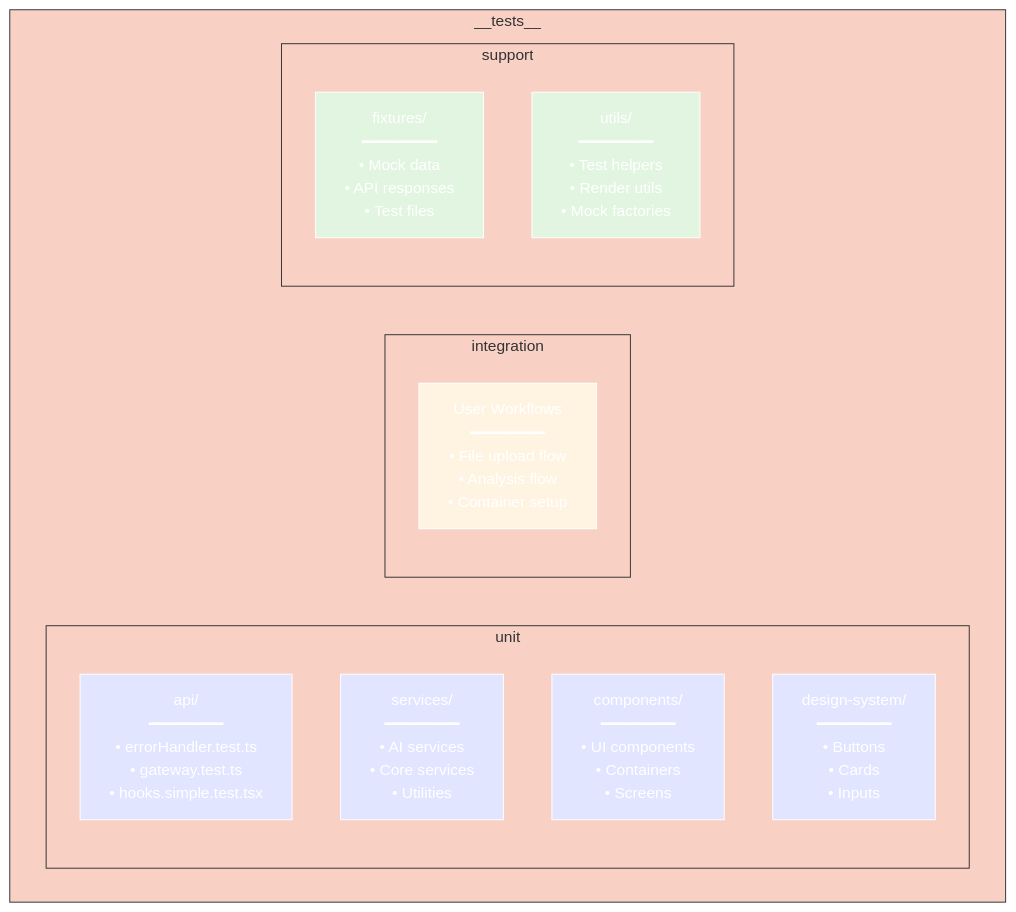
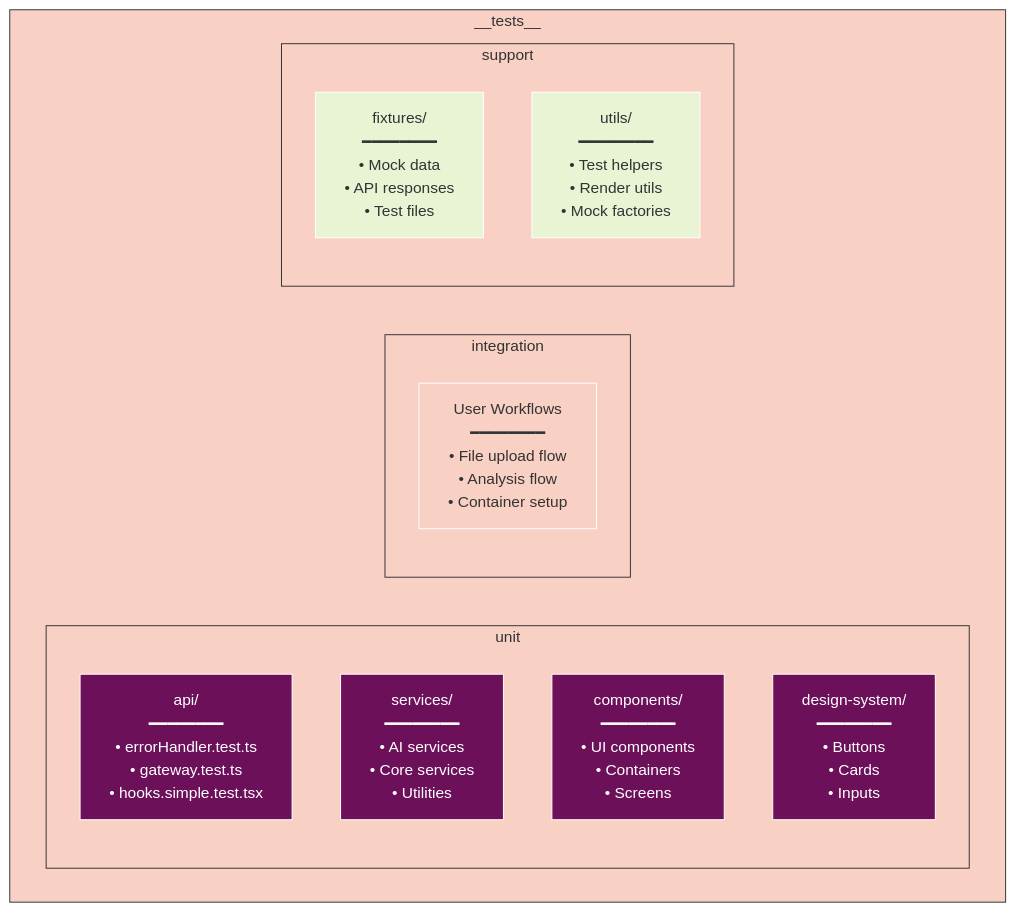
Before and after one commit to radicalkjax/Athena: the first of 3 diagrams in docs/testing/getting-started.md, drawn with Mermaid. The commit also changed other lines of this file and 4 other files, not shown here.

Commit message:
updates to mermaid styling

````diff
--- a/docs/testing/getting-started.md
+++ b/docs/testing/getting-started.md
@@ -34,49 +34,49 @@
 ```mermaid
 %%{init: {
   'theme': 'base',
   'themeVariables': {
     'primaryColor': '#6d105a',
     'primaryTextColor': '#ffffff',
     'primaryBorderColor': '#ffffff',
     'lineColor': '#333333',
     'secondaryColor': '#e8f4d4',
     'secondaryTextColor': '#333333',
     'secondaryBorderColor': '#333333',
     'tertiaryColor': '#f9d0c4',
     'tertiaryTextColor': '#333333',
     'tertiaryBorderColor': '#333333',
     'background': '#ffffff',
     'mainBkg': '#6d105a',
     'secondBkg': '#e8f4d4',
     'tertiaryBkg': '#f9d0c4',
     'textColor': '#333333',
     'fontFamily': 'Arial, sans-serif'
   }
 }}%%
 graph TB
     subgraph "__tests__"
         subgraph "unit"
             API[api/<br/>━━━━━━━━<br/>• errorHandler.test.ts<br/>• gateway.test.ts<br/>• hooks.simple.test.tsx]
             SERVICES[services/<br/>━━━━━━━━<br/>• AI services<br/>• Core services<br/>• Utilities]
             COMPONENTS[components/<br/>━━━━━━━━<br/>• UI components<br/>• Containers<br/>• Screens]
             DS[design-system/<br/>━━━━━━━━<br/>• Buttons<br/>• Cards<br/>• Inputs]
         end
         
         subgraph "integration"
             WORKFLOWS[User Workflows<br/>━━━━━━━━<br/>• File upload flow<br/>• Analysis flow<br/>• Container setup]
         end
         
         subgraph "support"
             FIXTURES[fixtures/<br/>━━━━━━━━<br/>• Mock data<br/>• API responses<br/>• Test files]
             UTILS[utils/<br/>━━━━━━━━<br/>• Test helpers<br/>• Render utils<br/>• Mock factories]
         end
     end
     
-    style API fill:#e1e5ff
-    style SERVICES fill:#e1e5ff
-    style COMPONENTS fill:#e1e5ff
-    style DS fill:#e1e5ff
-    style WORKFLOWS fill:#fff4e1
-    style FIXTURES fill:#e1f5e1
-    style UTILS fill:#e1f5e1
+    style API fill:#6d105a,color:#fff
+    style SERVICES fill:#6d105a,color:#fff
+    style COMPONENTS fill:#6d105a,color:#fff
+    style DS fill:#6d105a,color:#fff
+    style WORKFLOWS fill:#f9d0c4,color:#333
+    style FIXTURES fill:#e8f4d4,color:#333
+    style UTILS fill:#e8f4d4,color:#333
 ```
````
